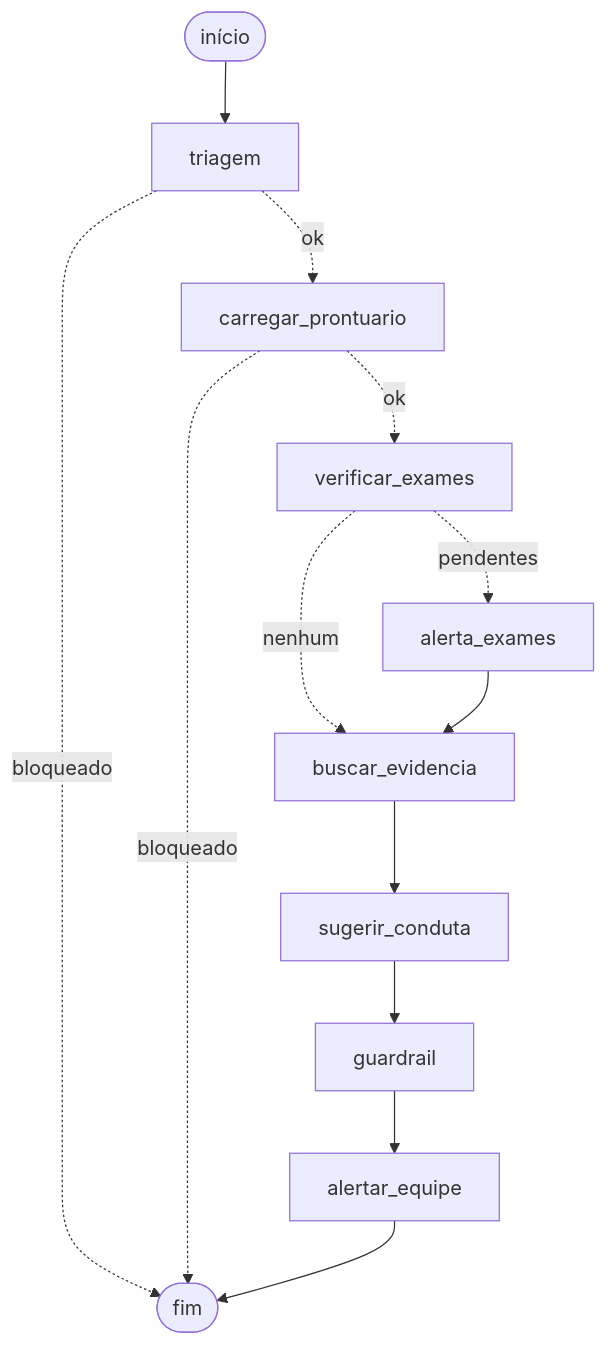
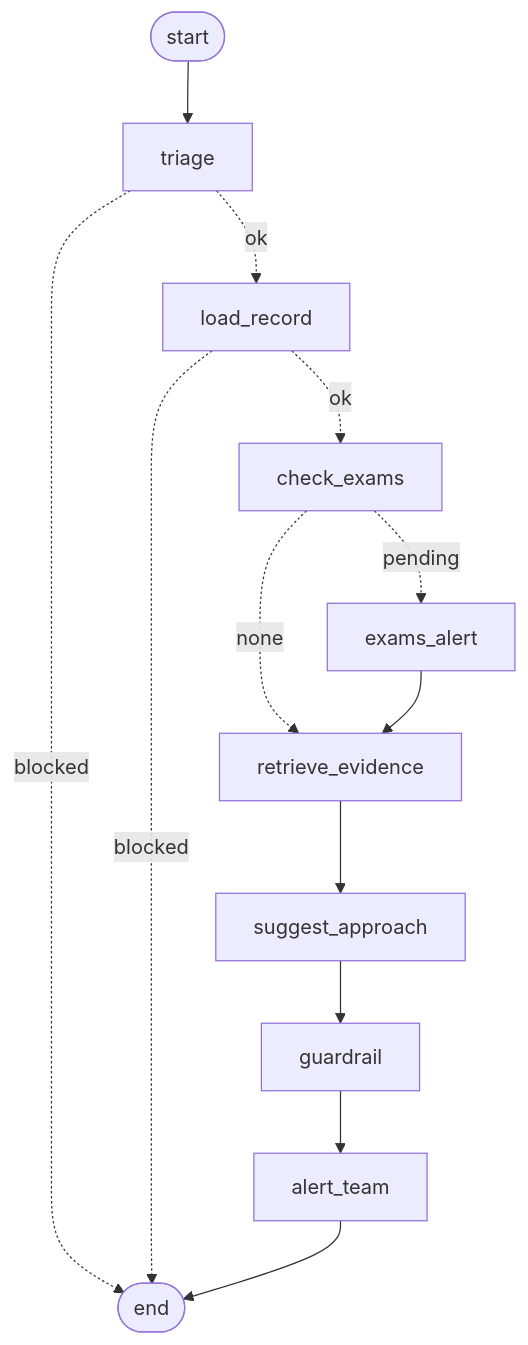
The diagram in docs/relatorio_tecnico.md (IA-PARA-DEVS-GRUPO-X/TechChallenge_fase3_9IADT), drawn with Mermaid before and after one commit. The commit also changed other lines of this file and 6 other files, not shown here.

````diff
--- a/docs/relatorio_tecnico.md
+++ b/docs/relatorio_tecnico.md
@@ -316,15 +319,15 @@
 ```mermaid
 graph TD;
-    inicio([início]) --> triagem
-    triagem -. bloqueado .-> fim([fim])
-    triagem -. ok .-> carregar_prontuario
-    carregar_prontuario -. bloqueado .-> fim
-    carregar_prontuario -. ok .-> verificar_exames
-    verificar_exames -. pendentes .-> alerta_exames
-    verificar_exames -. nenhum .-> buscar_evidencia
-    alerta_exames --> buscar_evidencia
-    buscar_evidencia --> sugerir_conduta
-    sugerir_conduta --> guardrail
-    guardrail --> alertar_equipe
-    alertar_equipe --> fim
+    start([start]) --> triage
+    triage -. blocked .-> stop([end])
+    triage -. ok .-> load_record
+    load_record -. blocked .-> stop
+    load_record -. ok .-> check_exams
+    check_exams -. pending .-> exams_alert
+    check_exams -. none .-> retrieve_evidence
+    exams_alert --> retrieve_evidence
+    retrieve_evidence --> suggest_approach
+    suggest_approach --> guardrail
+    guardrail --> alert_team
+    alert_team --> stop
 ```
````
